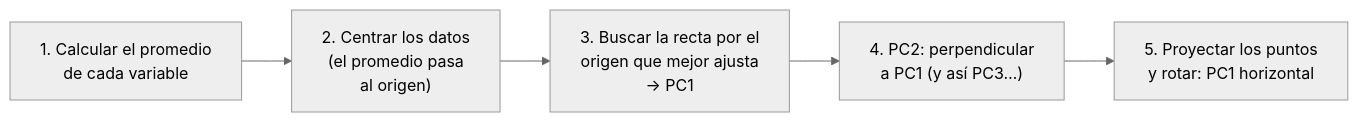
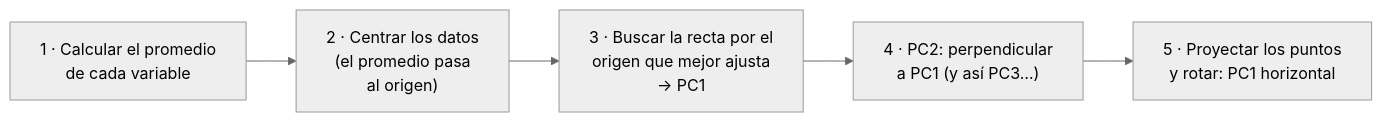
One commit to totogr/Tomas-Goncalves-Rei changed the first of 3 diagrams in Materias/Ciencia de Datos/Guías de estudio/07 - Reducción de la dimensionalidad.md. Above: the diagram before and after it, drawn with Mermaid (neutral theme). The commit also changed other lines of this file and 34 other files, not shown here.

Commit message:
Arreglar graficos de las guias (CdD, GDSI y Redes): texto cortado, superpuesto o fuera del SVG, colores de texto que no se aplicaban, y diagramas mermaid con 'Unsupported markdown' o notas desbordadas

````diff
--- a/Materias/Ciencia de Datos/Guías de estudio/07 - Reducción de la dimensionalidad.md
+++ b/Materias/Ciencia de Datos/Guías de estudio/07 - Reducción de la dimensionalidad.md
@@ -54,7 +54,7 @@
 ```mermaid
 flowchart LR
-    A["1. Calcular el promedio<br/>de cada variable"] --> B["2. Centrar los datos<br/>(el promedio pasa<br/>al origen)"]
-    B --> C["3. Buscar la recta por el<br/>origen que mejor ajusta<br/>→ PC1"]
-    C --> D["4. PC2: perpendicular<br/>a PC1 (y así PC3…)"]
-    D --> E["5. Proyectar los puntos<br/>y rotar: PC1 horizontal"]
+    A["1 · Calcular el promedio<br/>de cada variable"] --> B["2 · Centrar los datos<br/>(el promedio pasa<br/>al origen)"]
+    B --> C["3 · Buscar la recta por el<br/>origen que mejor ajusta<br/>→ PC1"]
+    C --> D["4 · PC2: perpendicular<br/>a PC1 (y así PC3…)"]
+    D --> E["5 · Proyectar los puntos<br/>y rotar: PC1 horizontal"]
 ```
````
